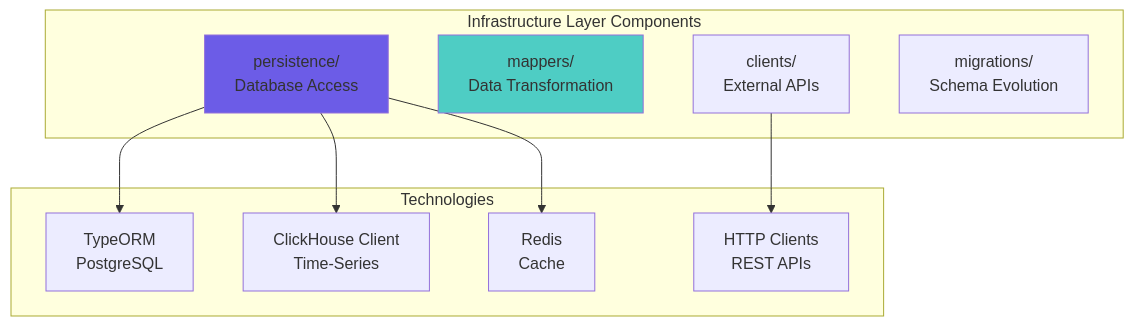
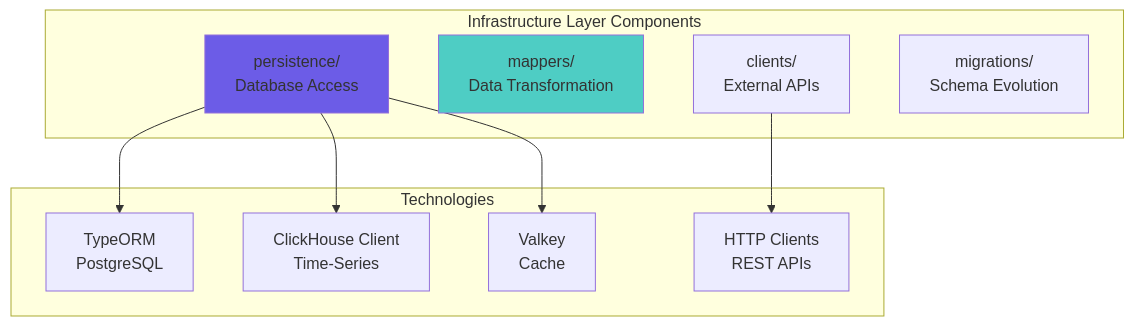
One commit to telemetryflow/telemetryflow-overview changed the seventh of 13 diagrams in backend/03-MODULE-STRUCTURE.md. Above: the diagram before and after it, drawn with Mermaid. The commit also changed 23 other files, not shown here.

First line of the commit message:
docs: relabel Redis->Valkey in architecture/diagrams/prose (follow-up sweep)

````diff
--- a/backend/03-MODULE-STRUCTURE.md
+++ b/backend/03-MODULE-STRUCTURE.md
@@ -436,24 +436,24 @@
 ```mermaid
 graph TB
     subgraph "Infrastructure Layer Components"
         A[persistence/<br/>Database Access]
         B[mappers/<br/>Data Transformation]
         C[clients/<br/>External APIs]
         D[migrations/<br/>Schema Evolution]
     end
 
     subgraph "Technologies"
         E[TypeORM<br/>PostgreSQL]
         F[ClickHouse Client<br/>Time-Series]
         G[HTTP Clients<br/>REST APIs]
-        H[Redis<br/>Cache]
+        H[Valkey<br/>Cache]
     end
 
     A --> E
     A --> F
     C --> G
     A --> H
 
     style A fill:#6c5ce7
     style B fill:#4ecdc4
 ```
````
